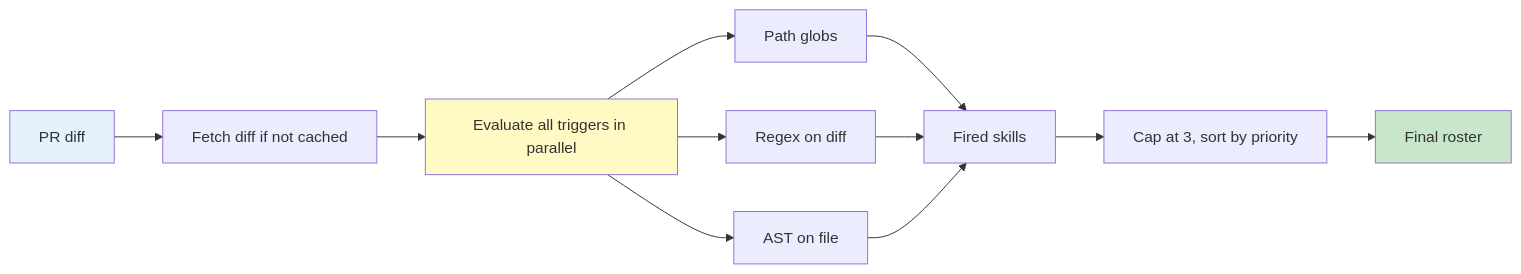
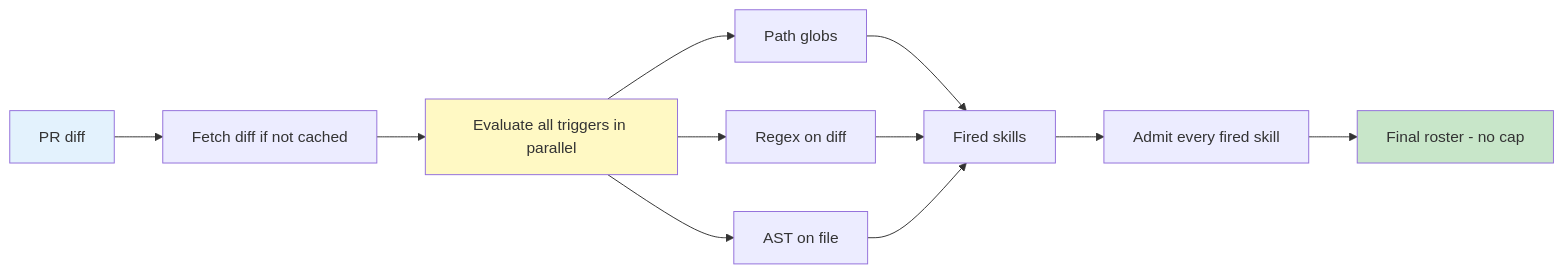
One commit to spruhakar5/cerberus-routing-diagrams changed the diagram in 04-idea3.mmd. Above: the diagram before and after it, drawn with Mermaid. The commit also changed 7 other files, not shown here.

First line of the commit message:
Remove roster cap from architecture diagrams

```diff
--- a/04-idea3.mmd
+++ b/04-idea3.mmd
@@ -1,14 +1,14 @@
 flowchart LR
     A[PR diff] --> B[Fetch diff if not cached]
     B --> C[Evaluate all triggers in parallel]
     C --> D[Path globs]
     C --> E[Regex on diff]
     C --> F[AST on file]
     D --> G[Fired skills]
     E --> G
     F --> G
-    G --> H[Cap at 3, sort by priority]
-    H --> I[Final roster]
+    G --> H[Admit every fired skill]
+    H --> I[Final roster - no cap]
     style A fill:#e3f2fd
     style C fill:#fff9c4
     style I fill:#c8e6c9
```
